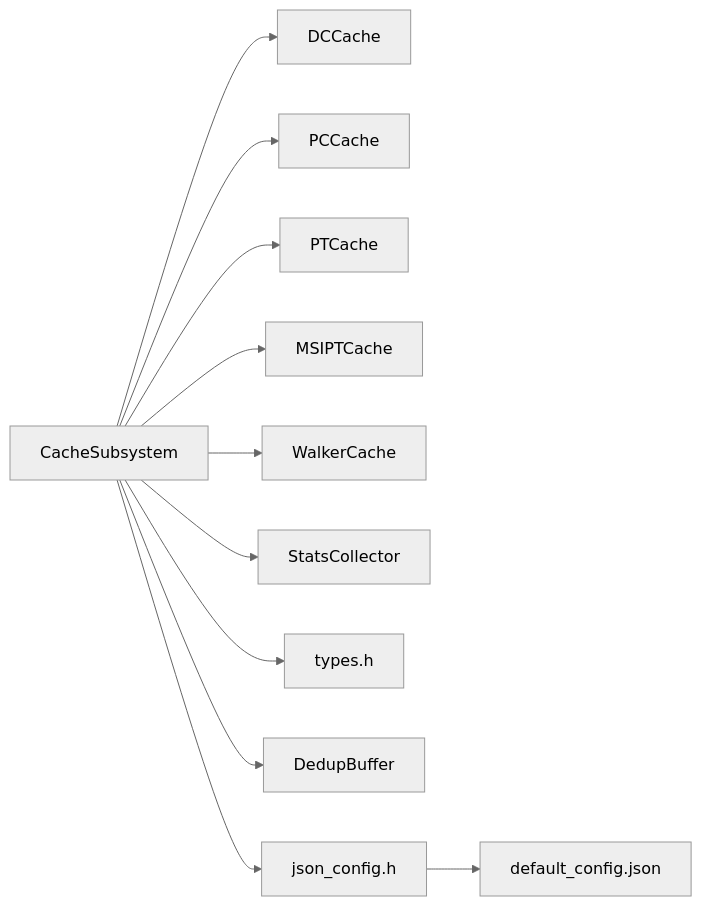
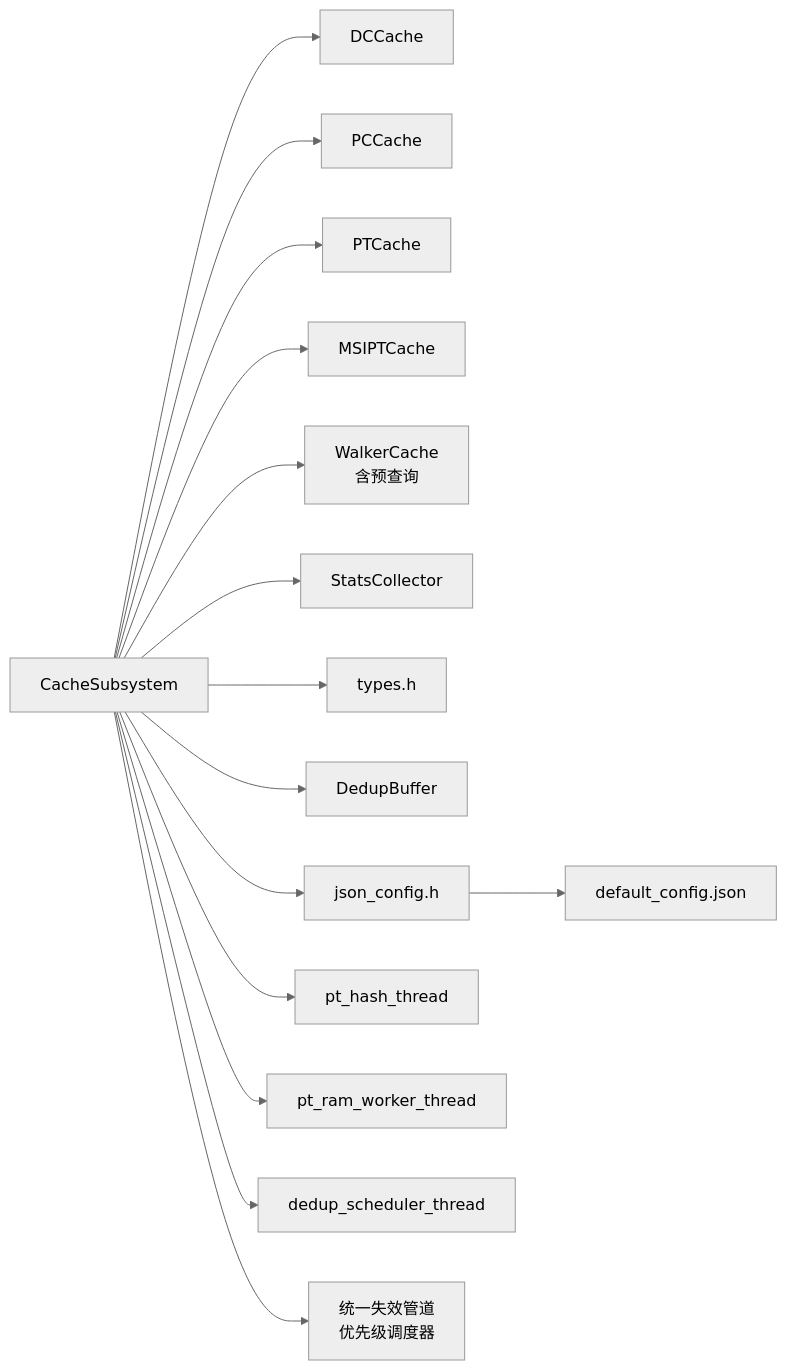
One commit to jiangjiang1122/iommu_model_20260401_v1 changed the tenth of 10 diagrams in .qoder/repowiki/zh/content/缓存系统/缓存子系统概览.md. Above: the diagram before and after it, drawn with Mermaid (neutral theme). The commit also changed other lines of this file and 186 other files, not shown here.

````diff
--- a/.qoder/repowiki/zh/content/缓存系统/缓存子系统概览.md
+++ b/.qoder/repowiki/zh/content/缓存系统/缓存子系统概览.md
@@ -352,13 +505,17 @@
 ```mermaid
 graph LR
 CS["CacheSubsystem"] --> DC["DCCache"]
 CS --> PC["PCCache"]
 CS --> PT["PTCache"]
 CS --> MSI["MSIPTCache"]
-CS --> Wlk["WalkerCache"]
+CS --> Wlk["WalkerCache<br/>含预查询"]
 CS --> Stats["StatsCollector"]
 CS --> Types["types.h"]
 CS --> Dedup["DedupBuffer"]
 CS --> Json["json_config.h"]
+CS --> PT_Hash["pt_hash_thread"]
+CS --> PT_RAM["pt_ram_worker_thread"]
+CS --> Dedup_Sched["dedup_scheduler_thread"]
+CS --> Unified_Pipeline["统一失效管道<br/>优先级调度器"]
 Json --> Cfg["default_config.json"]
 ```
````
